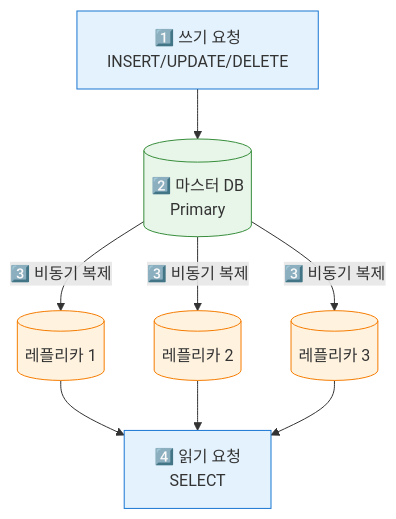
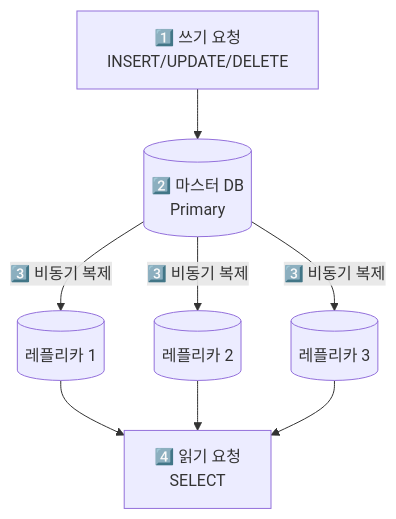
One commit to yjkim2015/yjkim2015.github.io changed the eighth of 17 diagrams in _posts/systemdesign/2026-05-02-system-design-fundamentals.md. Above: the diagram before and after it, drawn with Mermaid. The commit also changed other lines of this file and 215 other files, not shown here.

First line of the commit message:
신규 포스트 10개 추가 + Mermaid 전면 축소 + SystemDesign 시리즈 보강

````diff
--- a/_posts/systemdesign/2026-05-02-system-design-fundamentals.md
+++ b/_posts/systemdesign/2026-05-02-system-design-fundamentals.md
@@ -426,18 +336,10 @@
 ```mermaid
 graph TD
     W["1️⃣ 쓰기 요청\nINSERT/UPDATE/DELETE"] --> M[("2️⃣ 마스터 DB\nPrimary")]
     M -->|"3️⃣ 비동기 복제"| R1[("레플리카 1")]
     M -->|"3️⃣ 비동기 복제"| R2[("레플리카 2")]
     M -->|"3️⃣ 비동기 복제"| R3[("레플리카 3")]
-
     R1 --> Q["4️⃣ 읽기 요청\nSELECT"]
     R2 --> Q
     R3 --> Q
-
-    classDef client fill:#e3f2fd,stroke:#1976d2
-    classDef server fill:#e8f5e9,stroke:#388e3c
-    classDef db fill:#fff3e0,stroke:#f57c00
-    class W,Q client
-    class M server
-    class R1,R2,R3 db
 ```
````
